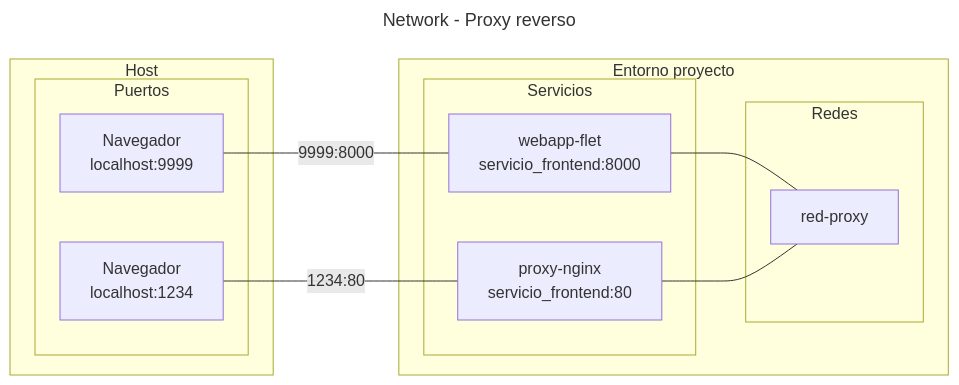
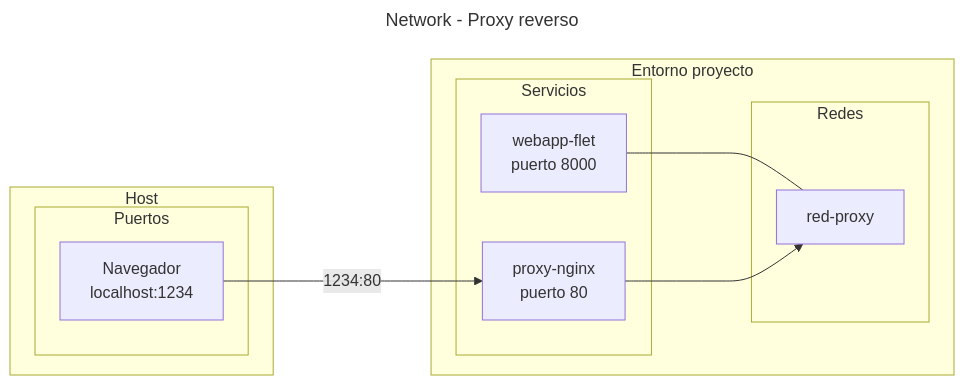
The third of 3 diagrams in docs/contenedores/networks.md (alejrot/python-docs), drawn with Mermaid before and after one commit. The commit also changed other lines of this file and 3 other files, not shown here.

````diff
--- a/docs/contenedores/networks.md
+++ b/docs/contenedores/networks.md
@@ -224,35 +240,33 @@
 ```mermaid
 ---
 title: "Network - Proxy reverso"
 ---
 flowchart LR
 
     subgraph proyecto [Entorno proyecto]
 
         subgraph services [Servicios]
-        front["`webapp-flet 
-            servicio_frontend:8000`"]
+        front["`webapp-flet
+            puerto 8000`"]
         proxy["`proxy-nginx
-            servicio_frontend:80`"]
+            puerto 80`"]
         end
 
         subgraph redes [Redes]
             red-default["red-proxy"]
         end
 
     end
     subgraph host [Host]
         subgraph ports [Puertos]
-            port1["`Navegador
-            localhost:9999`"]
+
             port2["`Navegador
             localhost:1234`"]
         end
     end
 
-    port1 ---|9999:8000| front
-    port2 ---|1234:80| proxy
+    port2 --->|1234:80| proxy
 
-    front --- red-default
-    proxy --- red-default
+    front <--- red-default
+    proxy ---> red-default
 ```
````
